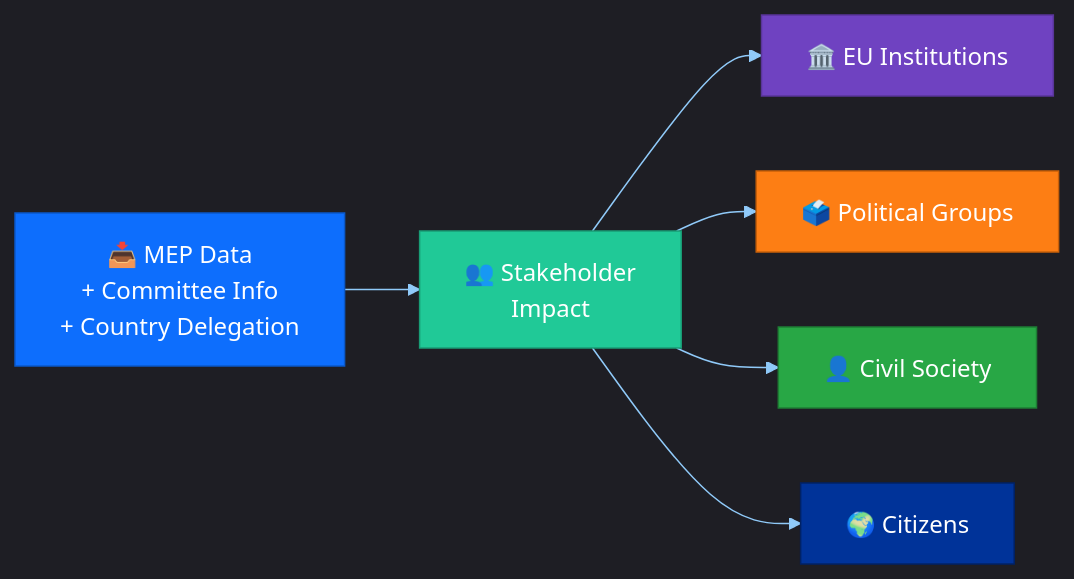
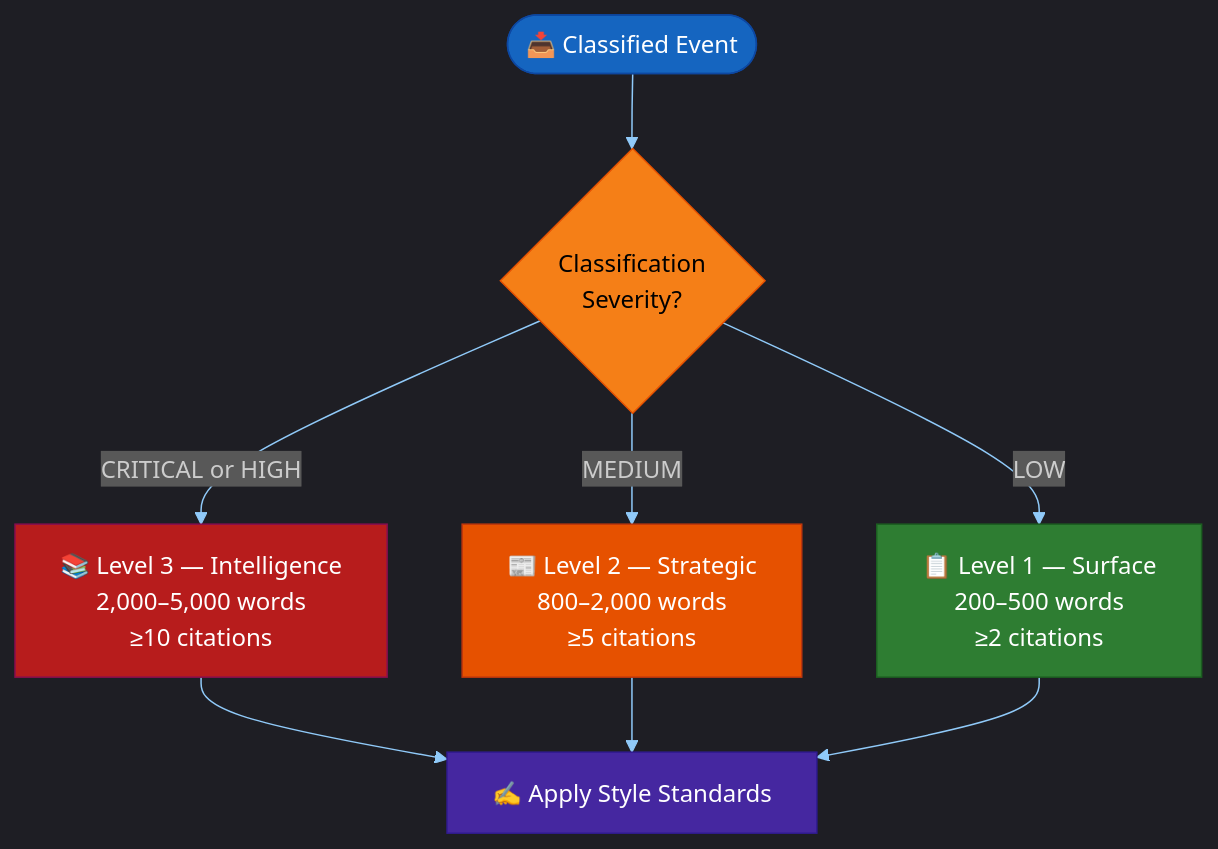
One commit to Hack23/euparliamentmonitor changed the eighth of 12 diagrams in docs/api/media/README-9.md. Above: the diagram before and after it, drawn with Mermaid. The commit also changed other lines of this file and 1239 other files, not shown here.

````diff
--- a/docs/api/media/README-9.md
+++ b/docs/api/media/README-9.md
@@ -500,16 +584,19 @@
 ```mermaid
 %%{init: {"theme":"dark","themeVariables":{"primaryColor":"#1565C0","primaryTextColor":"#ffffff","primaryBorderColor":"#0A3F7F","lineColor":"#90CAF9","secondaryColor":"#2E7D32","secondaryTextColor":"#ffffff","secondaryBorderColor":"#0F3F00","tertiaryColor":"#FF9800","tertiaryTextColor":"#000000","tertiaryBorderColor":"#7F4F00","mainBkg":"#1565C0","secondBkg":"#2E7D32","tertiaryBkg":"#FF9800","noteBkgColor":"#FFC107","noteTextColor":"#000000","noteBorderColor":"#7F6000","errorBkgColor":"#D32F2F","errorTextColor":"#ffffff","fontFamily":"Inter, Helvetica, Arial, sans-serif","pie1":"#1565C0","pie2":"#2E7D32","pie3":"#FF9800","pie4":"#D32F2F","pie5":"#FFC107","pie6":"#7B1FA2","pie7":"#9E9E9E","pie8":"#0288D1","pie9":"#388E3C","pie10":"#F57C00","pie11":"#C62828","pie12":"#FBC02D","pieTitleTextSize":"18px","pieSectionTextSize":"14px","pieLegendTextSize":"13px","pieStrokeColor":"#1e1e1e","pieOuterStrokeColor":"#1e1e1e","git0":"#1565C0","git1":"#2E7D32","git2":"#FF9800","git3":"#D32F2F","gitBranchLabel0":"#ffffff","gitBranchLabel1":"#ffffff","gitBranchLabel2":"#000000","gitBranchLabel3":"#ffffff","cScale0":"#1565C0","cScale1":"#2E7D32","cScale2":"#FF9800","cScale3":"#D32F2F","cScale4":"#FFC107","cScale5":"#7B1FA2","cScale6":"#9E9E9E","cScale7":"#0288D1","xyChart":{"backgroundColor":"#1e1e1e","plotColorPalette":"#1565C0,#2E7D32,#FF9800,#D32F2F,#FFC107,#7B1FA2,#9E9E9E"}}}}%%
-flowchart LR
-    DATA["📥 MEP Data<br/>+ Committee Info<br/>+ Country Delegation"] --> STK["👥 Stakeholder<br/>Impact"]
-    STK --> INST["🏛️ EU Institutions"]
-    STK --> POL["🗳️ Political Groups"]
-    STK --> CIV["👤 Civil Society"]
-    STK --> PUB["🌍 Citizens"]
+flowchart TD
+    Input([📥 Classified Event]) --> Sev{Classification<br/>Severity?}
+    Sev -->|CRITICAL or HIGH| L3[📚 Level 3 — Intelligence<br/>2,000–5,000 words<br/>≥10 citations]
+    Sev -->|MEDIUM| L2[📰 Level 2 — Strategic<br/>800–2,000 words<br/>≥5 citations]
+    Sev -->|LOW| L1[📋 Level 1 — Surface<br/>200–500 words<br/>≥2 citations]
 
-    style DATA fill:#0d6efd,color:#fff,stroke:#0a58ca
-    style STK fill:#20c997,color:#fff,stroke:#199d76
-    style INST fill:#6f42c1,color:#fff,stroke:#59359a
-    style POL fill:#fd7e14,color:#fff,stroke:#c96009
-    style CIV fill:#28a745,color:#fff,stroke:#1e7e34
-    style PUB fill:#003399,color:#fff,stroke:#002266
+    L3 --> Review[✍️ Apply Style Standards]
+    L2 --> Review
+    L1 --> Review
+
+    style Input fill:#1565C0,stroke:#0D47A1,color:#FFFFFF
+    style Sev fill:#F57F17,stroke:#E65100,color:#000000
+    style L3 fill:#B71C1C,stroke:#880E4F,color:#FFFFFF
+    style L2 fill:#E65100,stroke:#BF360C,color:#FFFFFF
+    style L1 fill:#2E7D32,stroke:#1B5E20,color:#FFFFFF
+    style Review fill:#4527A0,stroke:#311B92,color:#FFFFFF
 ```
````
